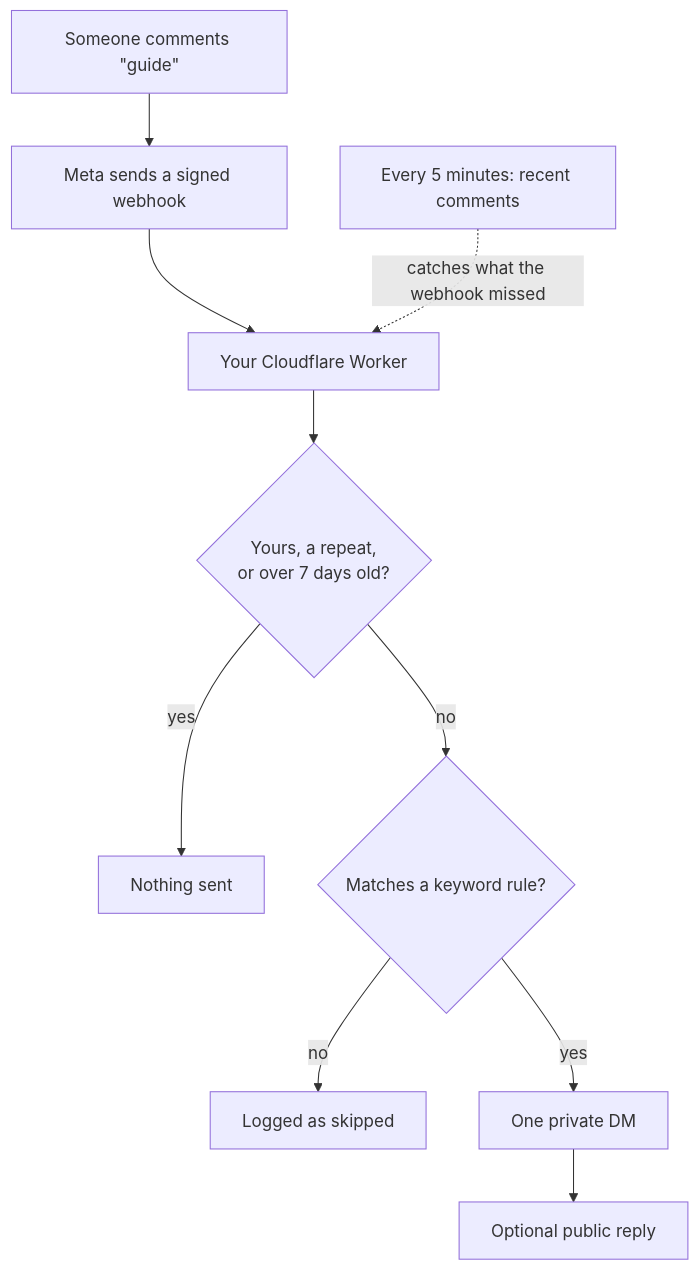
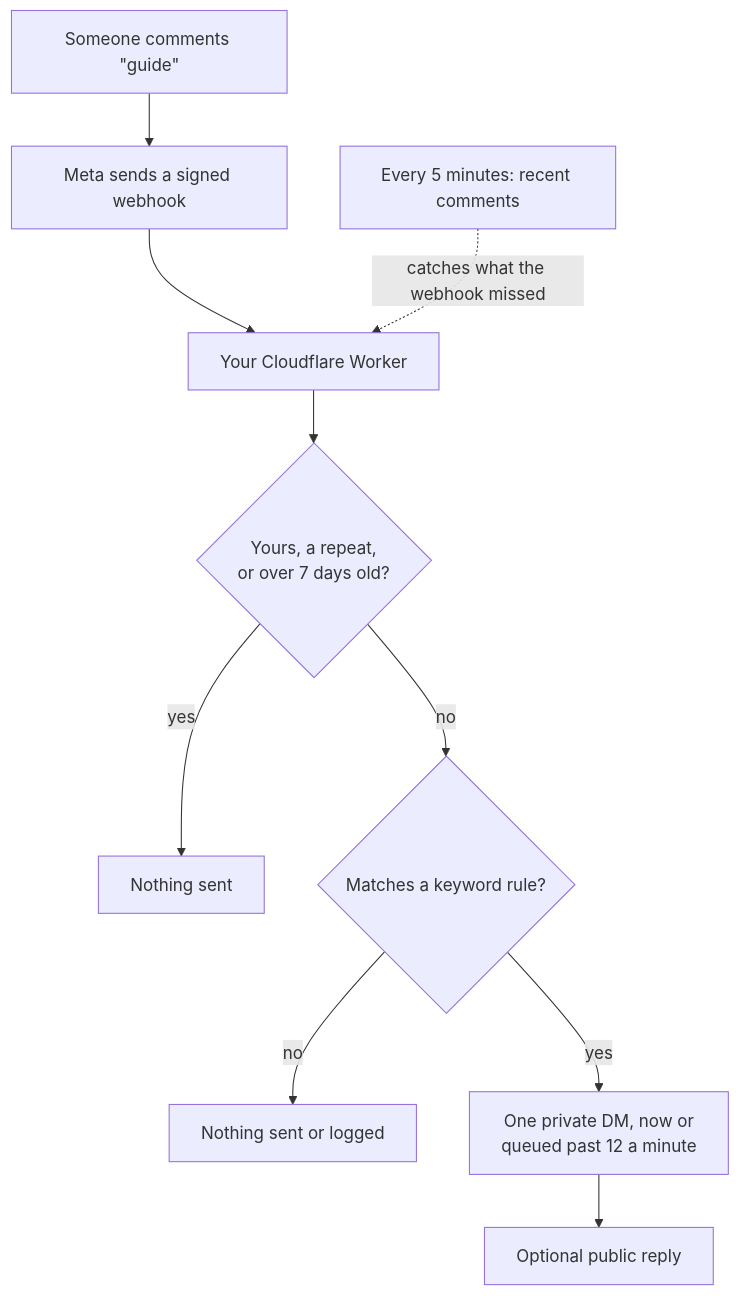
Before and after one commit to CharanMN7/ig-comment-dm: the diagram in site/content/docs/index.mdx, drawn with Mermaid. The commit also changed other lines of this file and 19 other files, not shown here.

````diff
--- a/site/content/docs/index.mdx
+++ b/site/content/docs/index.mdx
@@ -11,12 +11,12 @@
 ```mermaid
 flowchart TD
     A["Someone comments &quot;guide&quot;"] --> B["Meta sends a signed webhook"]
     B --> C["Your Cloudflare Worker"]
     P["Every 5 minutes: recent comments"] -.->|"catches what the webhook missed"| C
     C --> D{"Yours, a repeat,<br/>or over 7 days old?"}
     D -->|yes| X["Nothing sent"]
     D -->|no| F{"Matches a keyword rule?"}
-    F -->|no| Y["Logged as skipped"]
-    F -->|yes| G["One private DM"]
+    F -->|no| Y["Nothing sent or logged"]
+    F -->|yes| G["One private DM, now or<br/>queued past 12 a minute"]
     G --> H["Optional public reply"]
 ```
````
